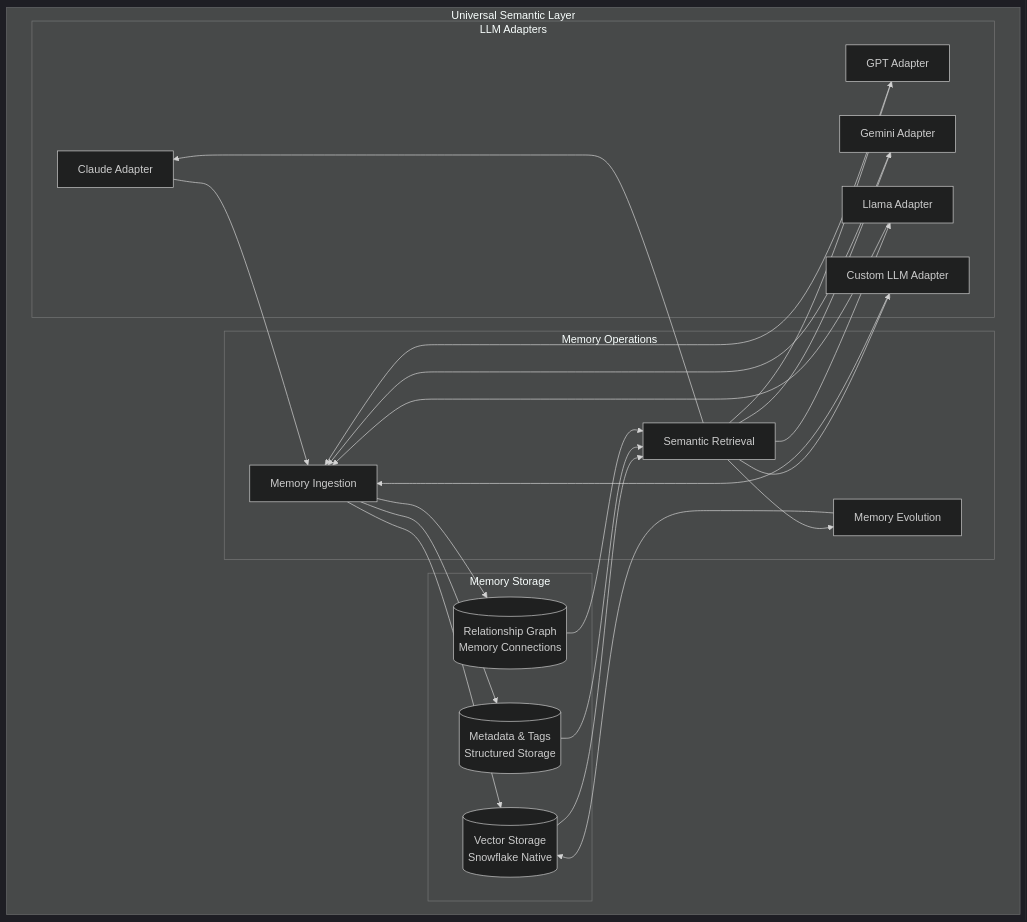
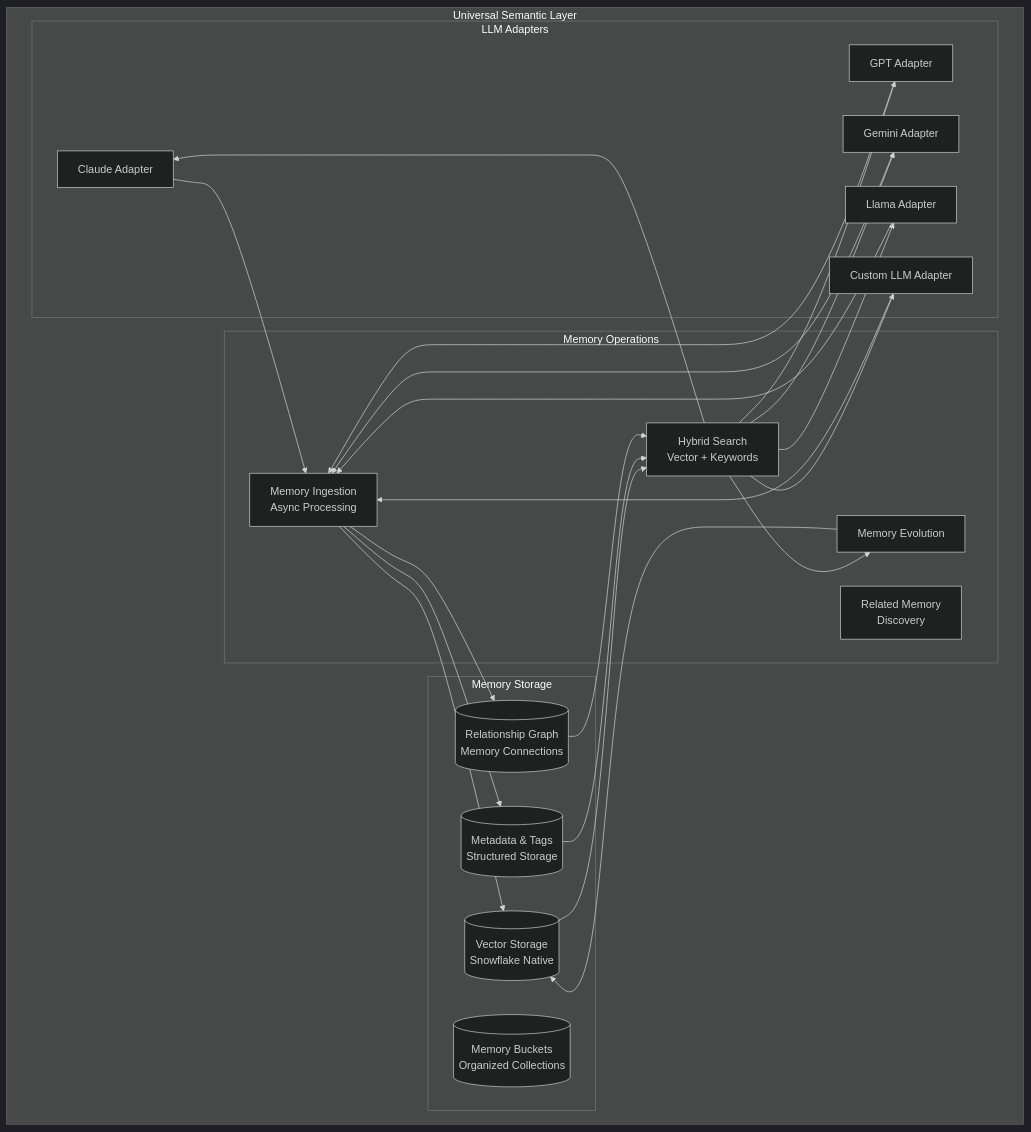
Before and after one commit to amotivv-inc/snowflake-memory-box: the second of 3 diagrams in deployment-docs/agent-platform-enterprise.md, drawn with Mermaid (dark theme). The commit also changed other lines of this file, not shown here.

````diff
--- a/deployment-docs/agent-platform-enterprise.md
+++ b/deployment-docs/agent-platform-enterprise.md
@@ -97,47 +108,49 @@
 ```mermaid
 graph TB
     subgraph "Universal Semantic Layer"
         subgraph "Memory Storage"
             VectorDB[(Vector Storage<br/>Snowflake Native)]
             MetadataDB[(Metadata & Tags<br/>Structured Storage)]
             GraphDB[(Relationship Graph<br/>Memory Connections)]
+            BucketDB[(Memory Buckets<br/>Organized Collections)]
         end
         
         subgraph "Memory Operations"
-            Ingestion[Memory Ingestion]
-            Retrieval[Semantic Retrieval]
+            Ingestion[Memory Ingestion<br/>Async Processing]
+            Retrieval[Hybrid Search<br/>Vector + Keywords]
             Evolution[Memory Evolution]
+            Related[Related Memory<br/>Discovery]
         end
         
         subgraph "LLM Adapters"
             ClaudeAdapter[Claude Adapter]
             GPTAdapter[GPT Adapter]
             GeminiAdapter[Gemini Adapter]
             LlamaAdapter[Llama Adapter]
             CustomAdapter[Custom LLM Adapter]
         end
     end
     
     Ingestion --> VectorDB
     Ingestion --> MetadataDB
     Ingestion --> GraphDB
     
     VectorDB --> Retrieval
     MetadataDB --> Retrieval
     GraphDB --> Retrieval
     
     Retrieval --> Evolution
     Evolution --> VectorDB
     
     ClaudeAdapter --> Ingestion
     GPTAdapter --> Ingestion
     GeminiAdapter --> Ingestion
     LlamaAdapter --> Ingestion
     CustomAdapter --> Ingestion
     
     Retrieval --> ClaudeAdapter
     Retrieval --> GPTAdapter
     Retrieval --> GeminiAdapter
     Retrieval --> LlamaAdapter
     Retrieval --> CustomAdapter
 ```
````
